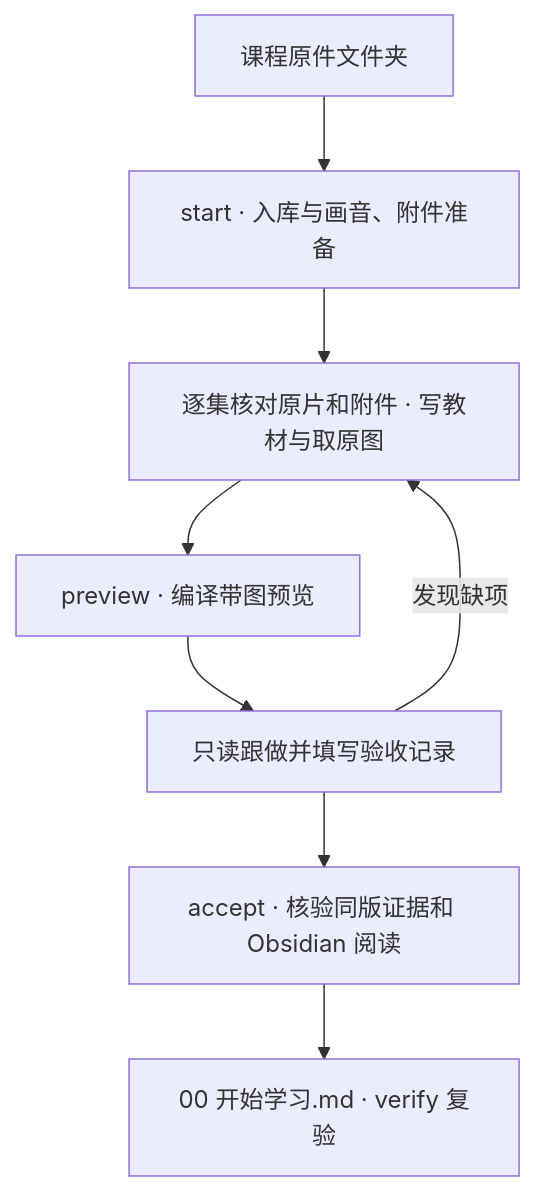
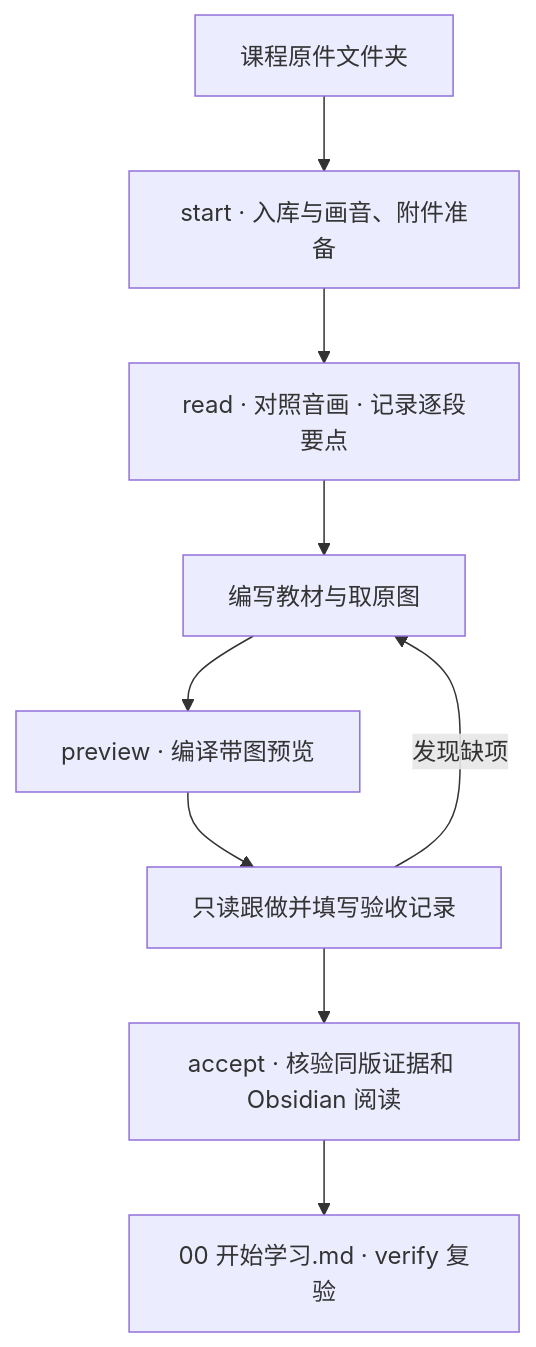
One commit to greywolf8888/worldanalysis changed the diagram in docs/课程资料整理与 Obsidian 教材制作手册.md. Above: the diagram before and after it, drawn with Mermaid. The commit also changed other lines of this file and 4 other files, not shown here.

```diff
--- a/docs/课程资料整理与 Obsidian 教材制作手册.md
+++ b/docs/课程资料整理与 Obsidian 教材制作手册.md
@@ -7,10 +7,11 @@
 ~~~mermaid
 flowchart TD
     A["课程原件文件夹"] --> B["start · 入库与画音、附件准备"]
-    B --> C["逐集核对原片和附件 · 写教材与取原图"]
+    B --> H["read · 对照音画 · 记录逐段要点"]
+    H --> C["编写教材与取原图"]
     C --> D["preview · 编译带图预览"]
     D --> E["只读跟做并填写验收记录"]
     E --> F["accept · 核验同版证据和 Obsidian 阅读"]
     F --> G["00 开始学习.md · verify 复验"]
     E -->|发现缺项| C
 ~~~
```
